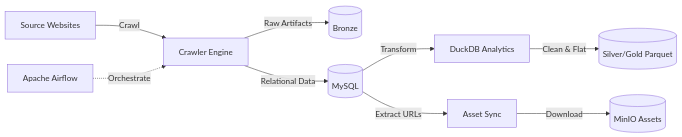
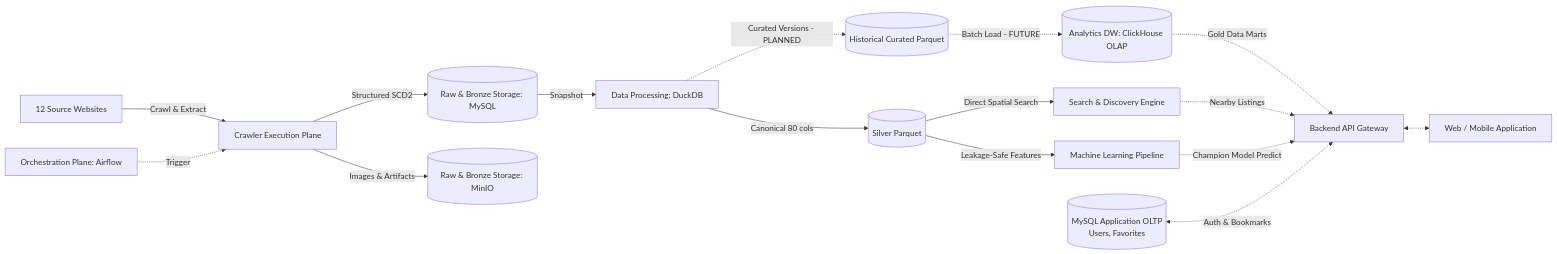
Before and after one commit to HauCoder2005/roombeacon-system: the first of 3 diagrams in README.md, drawn with Mermaid. The commit also changed other lines of this file and 212 other files, not shown here.

````diff
--- a/README.md
+++ b/README.md
@@ -68,15 +65,23 @@
 ```mermaid
 flowchart LR
-    S[Source Websites] -->|Crawl| C[Crawler Engine]
+    S[12 Source Websites] -->|Crawl & Extract| CEP[Crawler Execution Plane]
     
-    A[Apache Airflow] -.->|Orchestrate| C
+    AF[Orchestration Plane: Airflow] -.->|Trigger| CEP
     
-    C -->|Raw Artifacts| B[(Bronze)]
-    C -->|Relational Data| M[(MySQL)]
+    CEP -->|Structured SCD2| MB[(Raw & Bronze Storage: MySQL)]
+    CEP -->|Images & Artifacts| MO[(Raw & Bronze Storage: MinIO)]
     
-    M -->|Transform| D[DuckDB Analytics]
-    D -->|Clean & Flat| P[(Silver/Gold Parquet)]
+    MB -->|Snapshot| DK[Data Processing: DuckDB]
+    DK -->|Canonical 80 cols| SP[(Silver Parquet)]
+    DK -.->|Curated Versions - PLANNED| CP[(Historical Curated Parquet)]
     
-    M -->|Extract URLs| AS[Asset Sync]
-    AS -->|Download| O[(MinIO Assets)]
+    SP -->|Direct Spatial Search| SRCH[Search & Discovery Engine]
+    SP -->|Leakage-Safe Features| ML[Machine Learning Pipeline]
+    CP -.->|Batch Load - FUTURE| CH[(Analytics DW: ClickHouse OLAP)]
+    
+    CH -.->|Gold Data Marts| API[Backend API Gateway]
+    SRCH -.->|Nearby Listings| API
+    ML -.->|Champion Model Predict| API
+    MY_APP[(MySQL Application OLTP<br/>Users, Favorites)] <-.->|Auth & Bookmarks| API
+    API <-.-> CLIENT[Web / Mobile Application]
 ```
````
